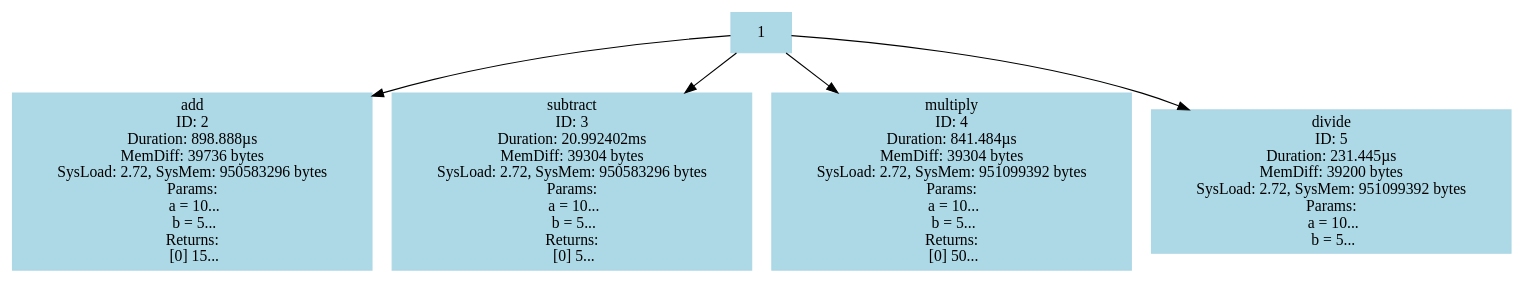
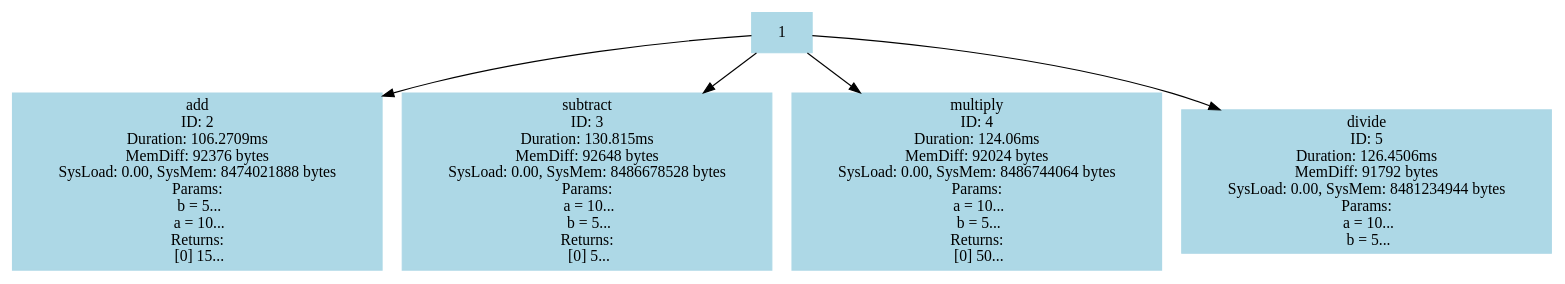
Before and after one commit to mwiater/tracewrap: the diagram in examples/simple/tracewrap/callgraph.dot, drawn with Graphviz. The commit also changed 11 other files, not shown here.

```diff
--- a/examples/simple/tracewrap/callgraph.dot
+++ b/examples/simple/tracewrap/callgraph.dot
@@ -1,11 +1,11 @@
 digraph CallGraph {
   node [shape=box, style=filled, color="lightblue"];
-  2 [label="add\nID: 2\nDuration: 898.888µs\nMemDiff: 39736 bytes\nSysLoad: 2.72, SysMem: 950583296 bytes\nParams:\n  a = 10...\n  b = 5...\nReturns:\n  [0] 15..."];
-  3 [label="subtract\nID: 3\nDuration: 20.992402ms\nMemDiff: 39304 bytes\nSysLoad: 2.72, SysMem: 950583296 bytes\nParams:\n  a = 10...\n  b = 5...\nReturns:\n  [0] 5..."];
-  4 [label="multiply\nID: 4\nDuration: 841.484µs\nMemDiff: 39304 bytes\nSysLoad: 2.72, SysMem: 951099392 bytes\nParams:\n  a = 10...\n  b = 5...\nReturns:\n  [0] 50..."];
-  5 [label="divide\nID: 5\nDuration: 231.445µs\nMemDiff: 39200 bytes\nSysLoad: 2.72, SysMem: 951099392 bytes\nParams:\n  a = 10...\n  b = 5..."];
+  2 [label="add\nID: 2\nDuration: 106.2709ms\nMemDiff: 92376 bytes\nSysLoad: 0.00, SysMem: 8474021888 bytes\nParams:\n  b = 5...\n  a = 10...\nReturns:\n  [0] 15..."];
+  3 [label="subtract\nID: 3\nDuration: 130.815ms\nMemDiff: 92648 bytes\nSysLoad: 0.00, SysMem: 8486678528 bytes\nParams:\n  a = 10...\n  b = 5...\nReturns:\n  [0] 5..."];
+  4 [label="multiply\nID: 4\nDuration: 124.06ms\nMemDiff: 92024 bytes\nSysLoad: 0.00, SysMem: 8486744064 bytes\nParams:\n  a = 10...\n  b = 5...\nReturns:\n  [0] 50..."];
+  5 [label="divide\nID: 5\nDuration: 126.4506ms\nMemDiff: 91792 bytes\nSysLoad: 0.00, SysMem: 8481234944 bytes\nParams:\n  a = 10...\n  b = 5..."];
   1 -> 2;
   1 -> 3;
   1 -> 4;
   1 -> 5;
 }
```
